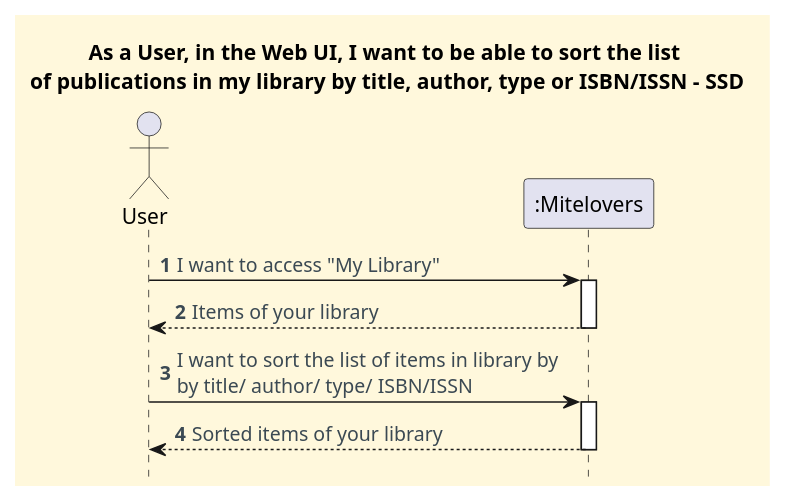
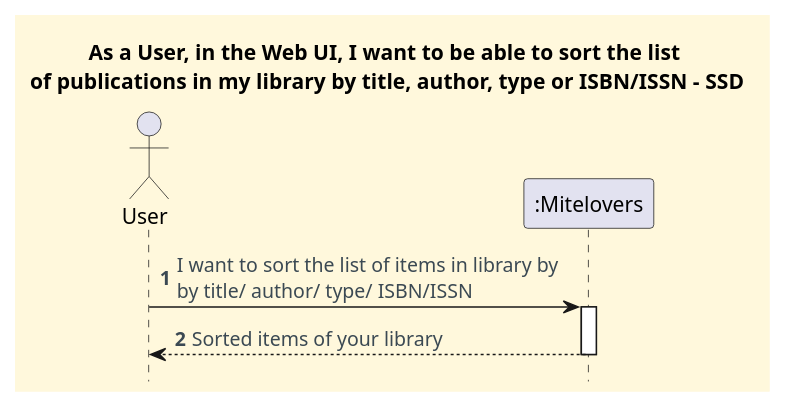
One commit to CarolinaLeite-collab/JavaMarketplacePlatform changed the diagram in docs/client-server-diagrams/sort-publications-in-library-by-title-author-type-or-isbn-issn/Process_View_SSD.puml. Above: the diagram before and after it, drawn with PlantUML.

Commit message:
docs: update Process View Level 1 diagram. refs #1183

```diff
--- a/docs/client-server-diagrams/sort-publications-in-library-by-title-author-type-or-isbn-issn/Process_View_SSD.puml
+++ b/docs/client-server-diagrams/sort-publications-in-library-by-title-author-type-or-isbn-issn/Process_View_SSD.puml
@@ -1,34 +1,29 @@
 @startuml
 '==== basic style ====
 hide stereotype
 skinparam monochrome false
 skinparam shadowing false
 skinparam defaultFontName Futura
 skinparam objectFontSize 20
 skinparam backgroundColor CornSilk
 skinparam objectBackgroundColor WhiteSmoke
 skinparam noteBackgroundColor #FFFFE0
 skinparam ArrowFontColor #3B4953
 skinparam ActivationBackgroundColor black
 hidefootbox
 
 autonumber
 
 title "As a User, in the Web UI, I want to be able to sort the list \nof publications in my library by title, author, type or ISBN/ISSN - SSD"
 
 ' --- Actor and participants ---
 
 actor User
 participant ":Mitelovers" as mite
 
-User -> mite : I want to access "My Library"
-activate mite
-mite --> User : Items of your library
-deactivate mite
-
 User -> mite : I want to sort the list of items in library by \nby title/ author/ type/ ISBN/ISSN
 activate mite
 mite --> User : Sorted items of your library
 deactivate mite
 
 @enduml
```
